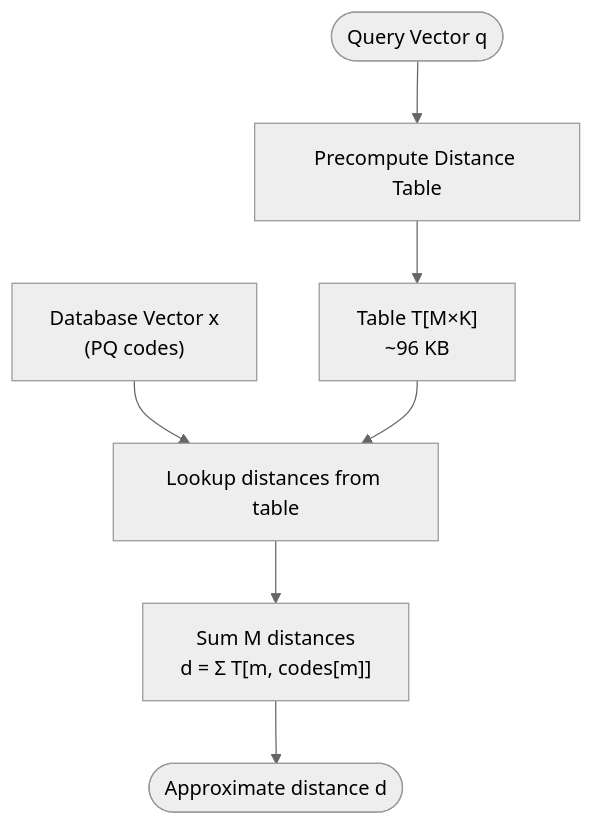
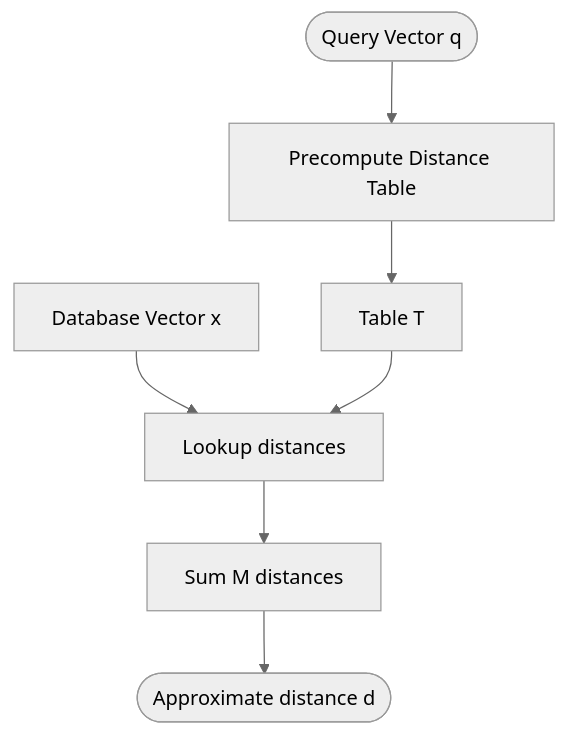
Before and after one commit to nexepic/zyx: the second of 2 diagrams in docs/en/algorithms/product-quantization.md, drawn with Mermaid (neutral theme). The commit also changed other lines of this file and 21 other files, not shown here.

First line of the commit message:
fix: resolve Mermaid diagram display issues in VitePress

````diff
--- a/docs/en/algorithms/product-quantization.md
+++ b/docs/en/algorithms/product-quantization.md
@@ -294,11 +300,11 @@
 ```mermaid
 flowchart TD
     Start([Query Vector q]) --> Precompute[Precompute Distance Table]
-    Precompute --> Table["Table T[M×K]<br/>~96 KB"]
+    Precompute --> Table["Table T"]
 
-    Database["Database Vector x<br/>(PQ codes)"] --> Lookup[Lookup distances from table]
+    Database["Database Vector x"] --> Lookup[Lookup distances]
 
     Table --> Lookup
-    Lookup --> Sum["Sum M distances<br/>d = Σ T[m, codes[m]]"]
+    Lookup --> Sum["Sum M distances"]
     Sum --> Return([Approximate distance d])
 ```
````
